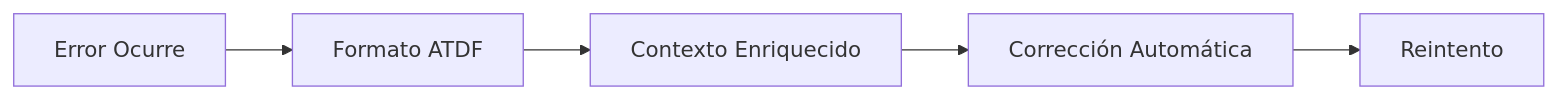
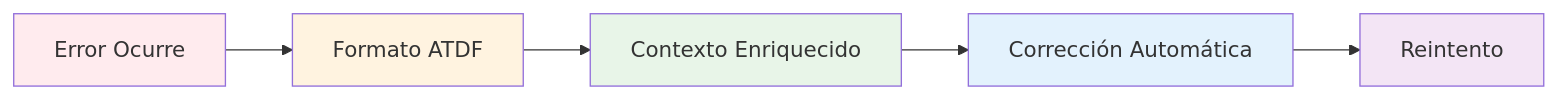
One commit to MauricioPerera/agent-tool-description-format changed the third of 3 diagrams in docs/CONCEPTS.md. Above: the diagram before and after it, drawn with Mermaid. The commit also changed other lines of this file and 14 other files, not shown here.

````diff
--- a/docs/CONCEPTS.md
+++ b/docs/CONCEPTS.md
@@ -143,7 +154,13 @@
 ```mermaid
-graph LR
+flowchart LR
     A[Error Ocurre] --> B[Formato ATDF]
     B --> C[Contexto Enriquecido]
     C --> D[Corrección Automática]
     D --> E[Reintento]
+    
+    style A fill:#ffebee
+    style B fill:#fff3e0
+    style C fill:#e8f5e8
+    style D fill:#e3f2fd
+    style E fill:#f3e5f5
 ```
````
